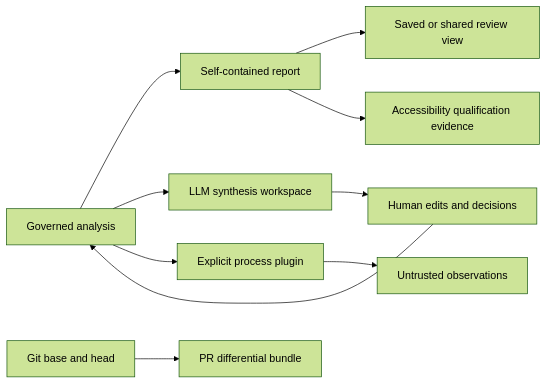
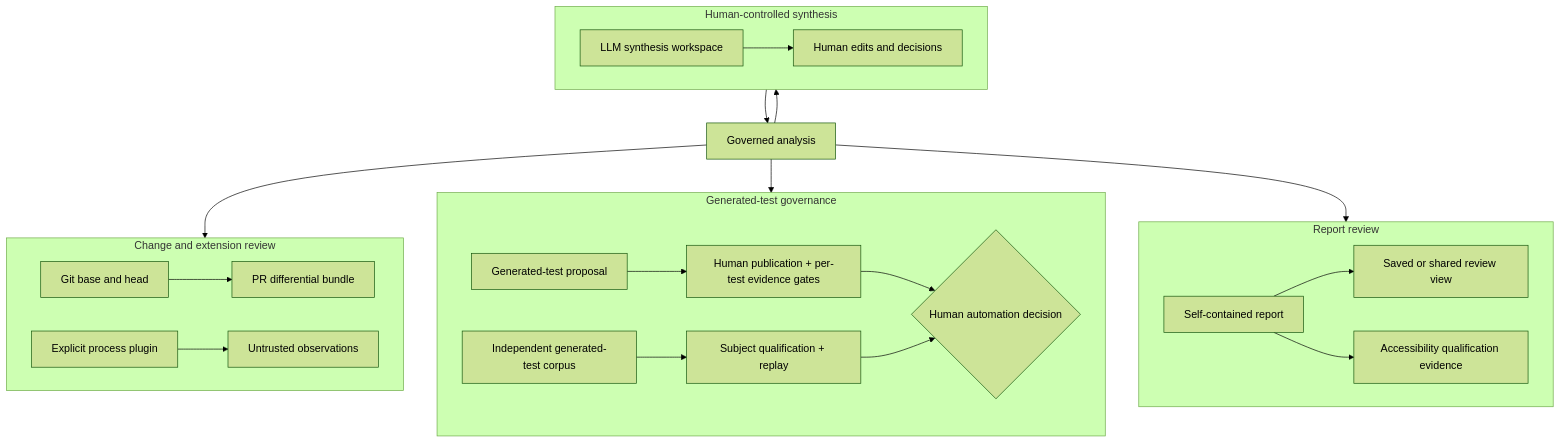
The diagram in docs/ADVANCED_REVIEW.md (willtran87/project-py-sfmea), drawn with Mermaid (forest theme) before and after one commit. The commit also changed other lines of this file and 11 other files, not shown here.

Commit message:
Refresh generated-test documentation and diagrams

````diff
--- a/docs/ADVANCED_REVIEW.md
+++ b/docs/ADVANCED_REVIEW.md
@@ -6,12 +6,30 @@
 ```mermaid
-flowchart LR
-    A["Governed analysis"] --> R["Self-contained report"]
-    R --> V["Saved or shared review view"]
-    R --> Q["Accessibility qualification evidence"]
-    A --> L["LLM synthesis workspace"]
-    L --> H["Human edits and decisions"]
+flowchart TB
+    A["Governed analysis"]
+    subgraph REPORT["Report review"]
+        direction LR
+        R["Self-contained report"] --> V["Saved or shared review view"]
+        R --> Q["Accessibility qualification evidence"]
+    end
+    subgraph SYNTHESIS["Human-controlled synthesis"]
+        direction LR
+        L["LLM synthesis workspace"] --> H["Human edits and decisions"]
+    end
+    subgraph TESTS["Generated-test governance"]
+        direction LR
+        T["Generated-test proposal"] --> E["Human publication + per-test evidence gates"]
+        C["Independent generated-test corpus"] --> M["Subject qualification + replay"]
+        E --> D{"Human automation decision"}
+        M --> D
+    end
+    subgraph EXTENSIONS["Change and extension review"]
+        direction LR
+        G["Git base and head"] --> P["PR differential bundle"]
+        X["Explicit process plugin"] --> O["Untrusted observations"]
+    end
+    A --> R
+    A --> L
     H --> A
-    G["Git base and head"] --> P["PR differential bundle"]
-    A --> X["Explicit process plugin"]
-    X --> O["Untrusted observations"]
+    A --> T
+    A --> X
 ```
````
